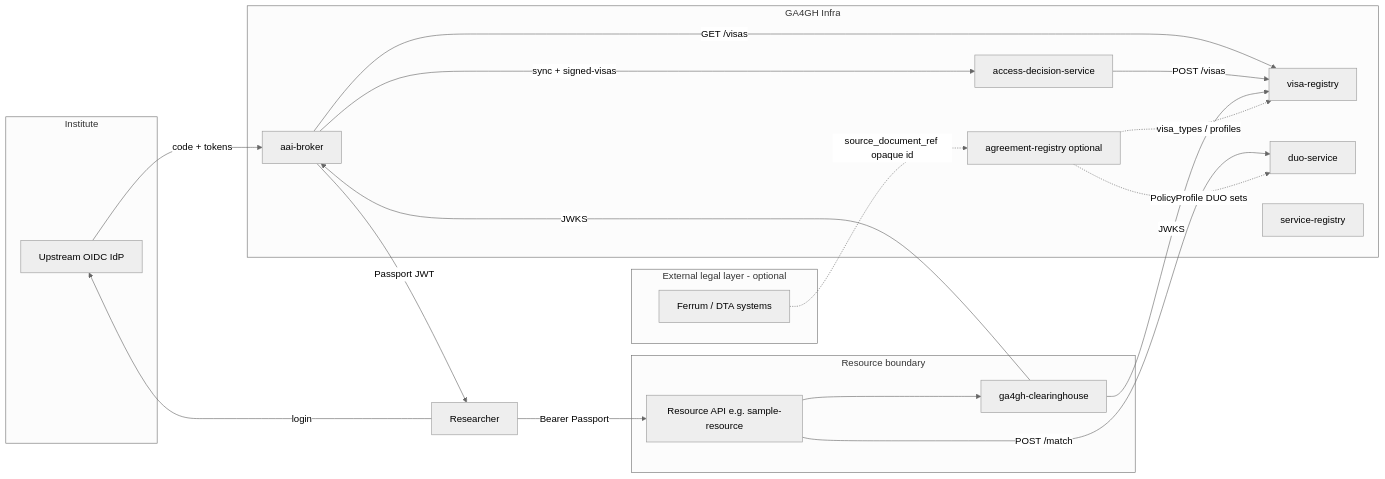
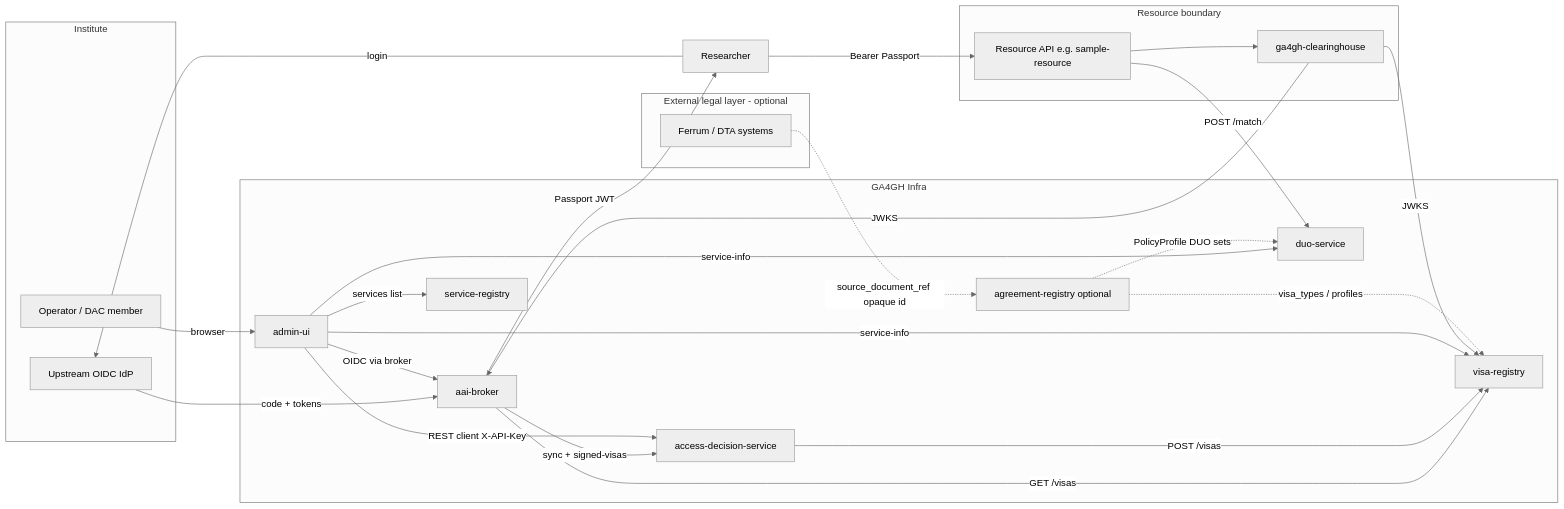
One commit to SynapticFour/ga4gh-infra changed the diagram in docs/architecture.md. Above: the diagram before and after it, drawn with Mermaid (neutral theme). The commit also changed other lines of this file and 5 other files, not shown here.

First line of the commit message:
Add admin-ui e2e test and document dashboard in architecture.

````diff
--- a/docs/architecture.md
+++ b/docs/architecture.md
@@ -15,39 +15,47 @@
 ```mermaid
 flowchart LR
   subgraph upstream [Institute]
     IdP[Upstream OIDC IdP]
+    Operator[Operator / DAC member]
   end
 
   subgraph legal [External legal layer - optional]
     Ferrum[Ferrum / DTA systems]
   end
 
   subgraph ga4gh [GA4GH Infra]
     Broker[aai-broker]
     Visas[visa-registry]
     ADS[access-decision-service]
     DUO[duo-service]
     SvcReg[service-registry]
+    AdminUI[admin-ui]
     AgrReg[agreement-registry optional]
   end
 
   subgraph resource [Resource boundary]
     CH[ga4gh-clearinghouse]
     API[Resource API e.g. sample-resource]
   end
 
   Researcher -->|login| IdP
   IdP -->|code + tokens| Broker
   Broker -->|GET /visas| Visas
   Broker -->|sync + signed-visas| ADS
   ADS -->|POST /visas| Visas
   Broker -->|Passport JWT| Researcher
   Researcher -->|Bearer Passport| API
+  Operator -->|browser| AdminUI
+  AdminUI -->|OIDC via broker| Broker
+  AdminUI -->|REST client X-API-Key| ADS
+  AdminUI -->|service-info| DUO
+  AdminUI -->|service-info| Visas
+  AdminUI -->|services list| SvcReg
   API --> CH
   CH -->|JWKS| Broker
   CH -->|JWKS| Visas
   API -->|POST /match| DUO
   Ferrum -.->|source_document_ref opaque id| AgrReg
   AgrReg -.->|PolicyProfile DUO sets| DUO
   AgrReg -.->|visa_types / profiles| Visas
 ```
````
